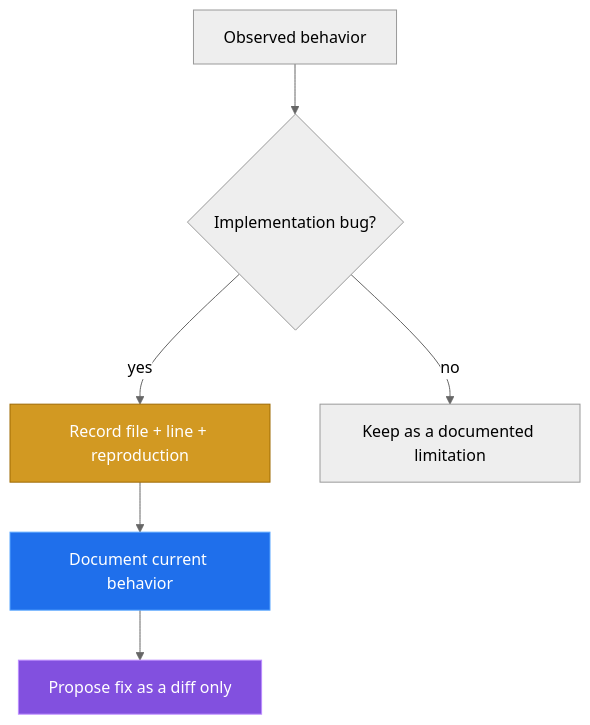
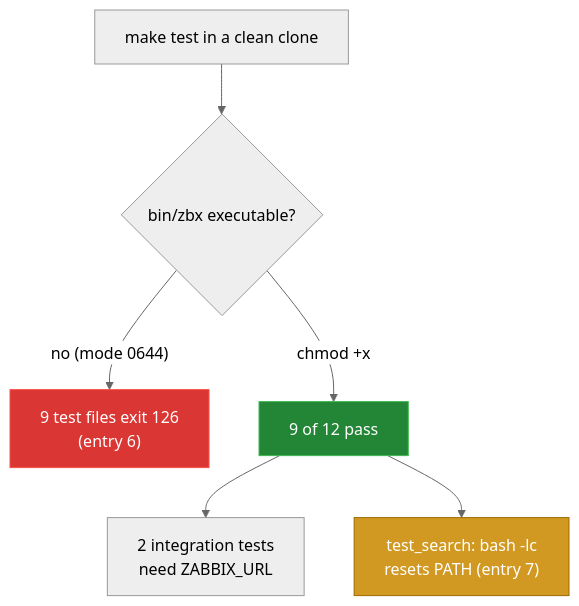
Before and after one commit to Bissbert/zbx-cli: the diagram in docs/BUGS-FOUND.md, drawn with Mermaid (neutral theme). The commit also changed other lines of this file and 7 other files, not shown here.

````diff
--- a/docs/BUGS-FOUND.md
+++ b/docs/BUGS-FOUND.md
@@ -9,12 +25,12 @@
 ```mermaid
 flowchart TD
-    A["Observed behavior"] --> B{"Implementation bug?"}
-    B -- yes --> C["Record file + line + reproduction"]
-    C --> D["Document current behavior"]
-    D --> E["Propose fix as a diff only"]
-    B -- no --> F["Keep as a documented limitation"]
+    A["make test in a clean clone"] --> B{"bin/zbx executable?"}
+    B -- "no (mode 0644)" --> C["9 test files exit 126<br/>(entry 6)"]
+    B -- "chmod +x" --> D["9 of 12 pass"]
+    D --> E["2 integration tests<br/>need ZABBIX_URL"]
+    D --> F["test_search: bash -lc<br/>resets PATH (entry 7)"]
 
-    style C fill:#d29922,stroke:#9e6a03,color:#fff
-    style D fill:#1f6feb,stroke:#58a6ff,color:#fff
-    style E fill:#8250df,stroke:#bc8cff,color:#fff
+    style C fill:#da3633,stroke:#f85149,color:#fff
+    style D fill:#238636,stroke:#3fb950,color:#fff
+    style F fill:#d29922,stroke:#9e6a03,color:#fff
 ```
````
